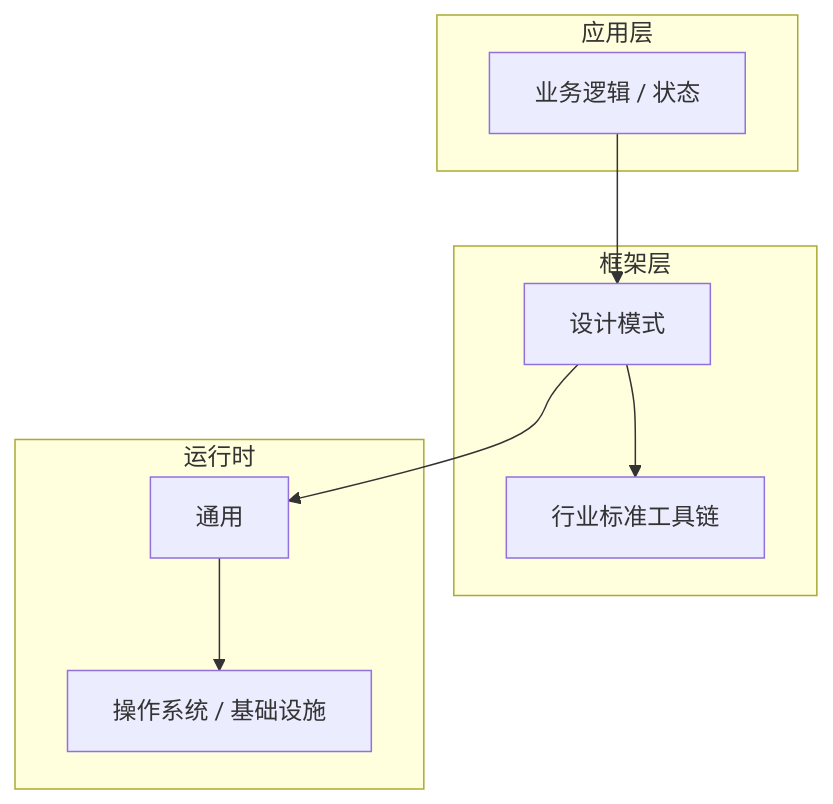
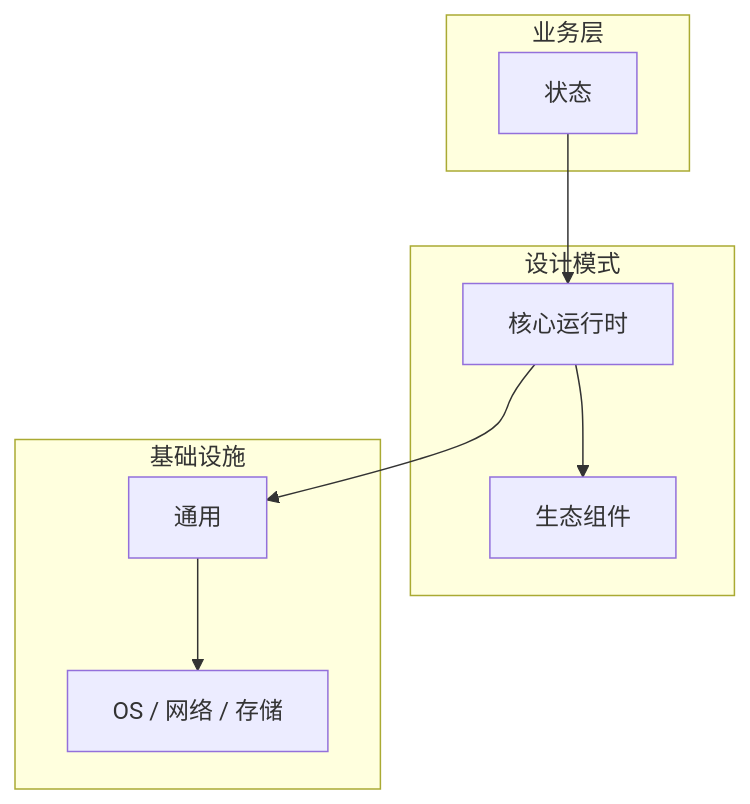
One commit to yanggan2015/knowledge-json-v2 changed the diagram in articles/设计模式/chapters/080-状态核心概念与原理.md. Above: the diagram before and after it, drawn with Mermaid. The commit also changed other lines of this file and 10127 other files, not shown here.

````diff
--- a/articles/设计模式/chapters/080-状态核心概念与原理.md
+++ b/articles/设计模式/chapters/080-状态核心概念与原理.md
@@ -45,18 +34,18 @@
 ```mermaid
 graph TB
-    subgraph 应用层
-        A[业务逻辑 / 状态]
+    subgraph 业务层
+        A[状态]
     end
-    subgraph 框架层
-        B[设计模式]
-        C[行业标准工具链]
+    subgraph 设计模式
+        B[核心运行时]
+        C[生态组件]
     end
-    subgraph 运行时
+    subgraph 基础设施
         D[通用]
-        E[操作系统 / 基础设施]
+        E[OS / 网络 / 存储]
     end
     A --> B
     B --> C
     B --> D
     D --> E
 ```
````
